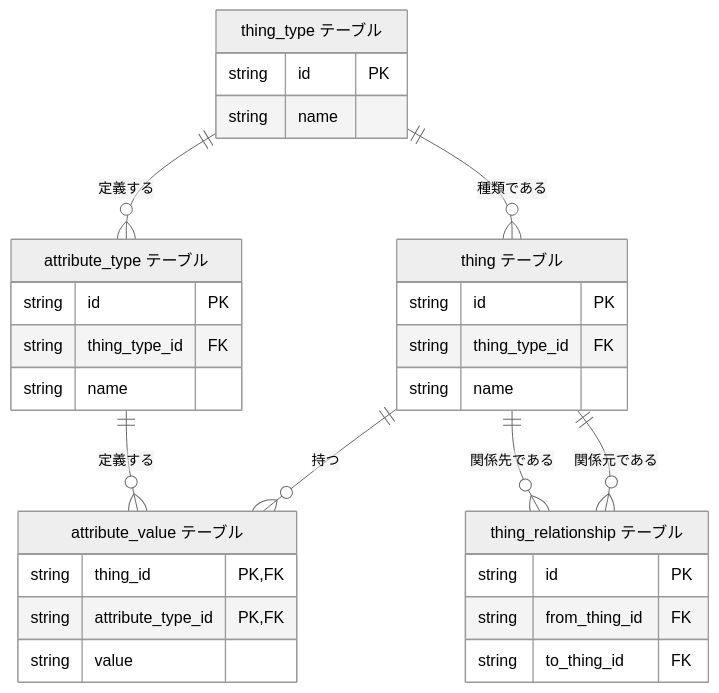
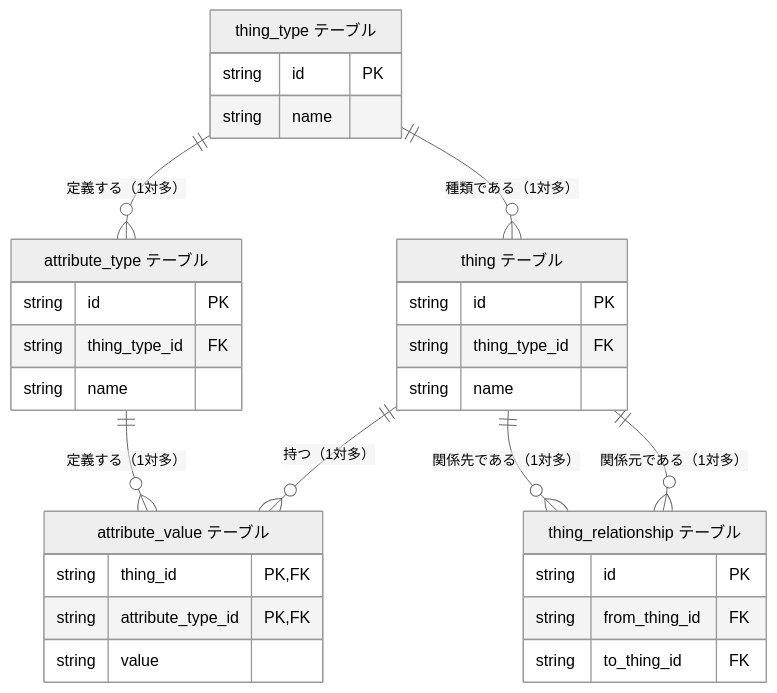
Diagram 12 of 30 in docs/software/software_middleware_database_rdb_er.md (hiroki-it/tech-notebook), drawn with Mermaid (neutral theme) before and after one commit. The commit also changed other lines of this file and 4 other files, not shown here.

````diff
--- a/docs/software/software_middleware_database_rdb_er.md
+++ b/docs/software/software_middleware_database_rdb_er.md
@@ -352,38 +352,38 @@
 ```mermaid
 erDiagram
   thing_type["thing_type テーブル"] {
     string id PK
     string name
   }
 
   thing["thing テーブル"] {
     string id PK
     string thing_type_id FK
     string name
   }
 
   attribute_type["attribute_type テーブル"] {
     string id PK
     string thing_type_id FK
     string name
   }
 
   attribute_value["attribute_value テーブル"] {
     string thing_id PK,FK
     string attribute_type_id PK,FK
     string value
   }
 
   thing_relationship["thing_relationship テーブル"] {
     string id PK
     string from_thing_id FK
     string to_thing_id FK
   }
 
-  thing_type ||--o{ thing : "種類である"
-  thing_type ||--o{ attribute_type : "定義する"
-  thing ||--o{ attribute_value : "持つ"
-  attribute_type ||--o{ attribute_value : "定義する"
-  thing ||--o{ thing_relationship : "関係元である"
-  thing ||--o{ thing_relationship : "関係先である"
+  thing_type ||--o{ thing : "種類である（1対多）"
+  thing_type ||--o{ attribute_type : "定義する（1対多）"
+  thing ||--o{ attribute_value : "持つ（1対多）"
+  attribute_type ||--o{ attribute_value : "定義する（1対多）"
+  thing ||--o{ thing_relationship : "関係元である（1対多）"
+  thing ||--o{ thing_relationship : "関係先である（1対多）"
 ```
````
